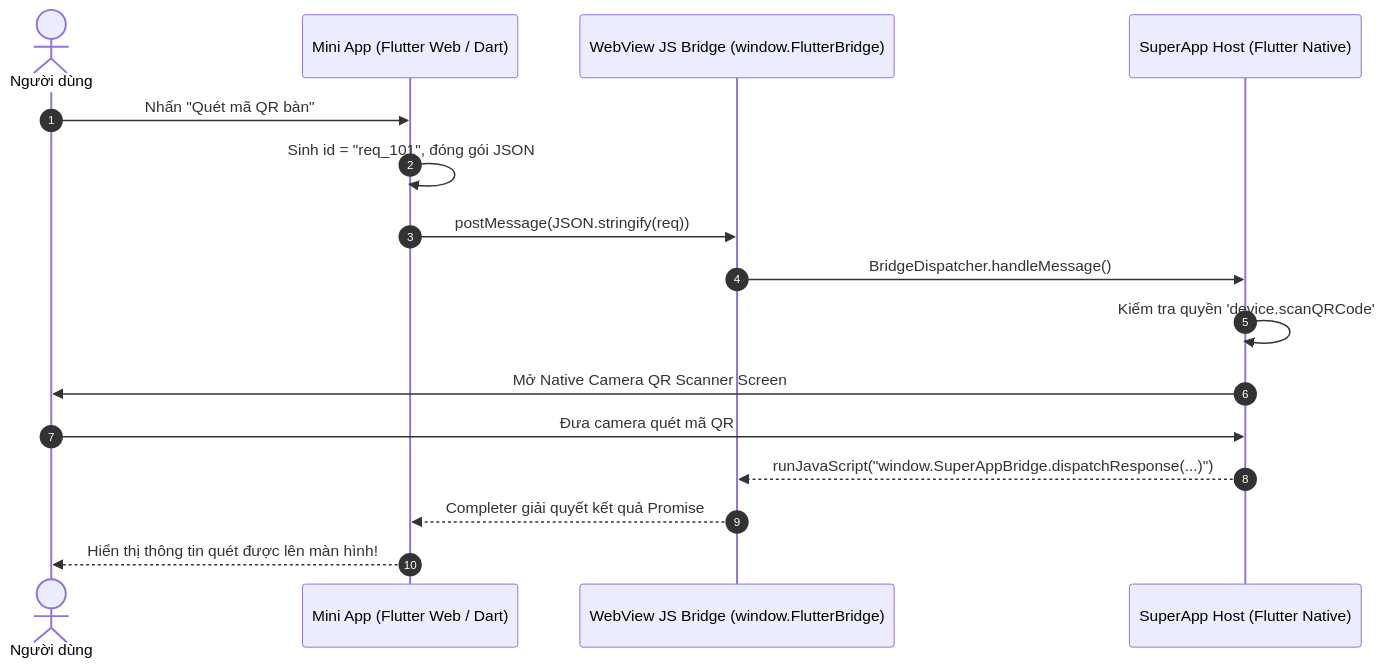
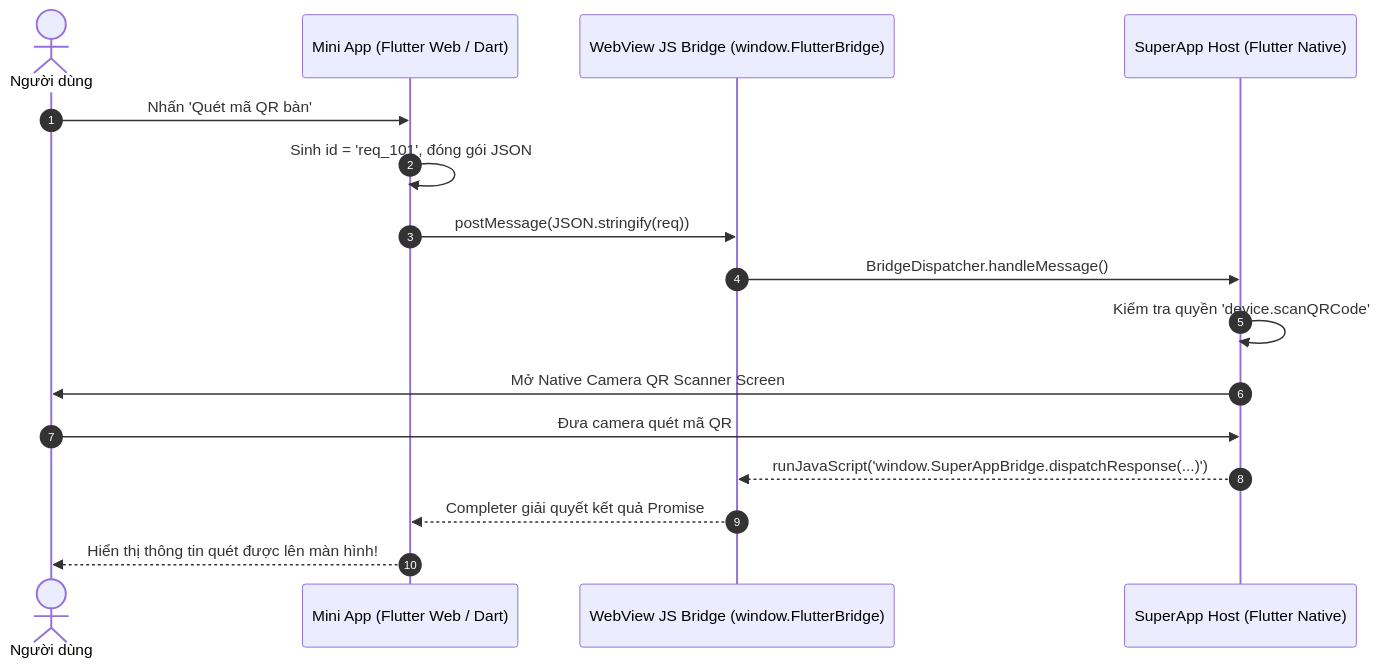
One commit to vqh2602/superapp_platform changed the second of 2 diagrams in docs/sdk.md. Above: the diagram before and after it, drawn with Mermaid. The commit also changed other lines of this file, not shown here.

Commit message:
docs: fix mermaid diagrams syntax in sdk documentation

````diff
--- a/docs/sdk.md
+++ b/docs/sdk.md
@@ -135,19 +139,19 @@
 ```mermaid
 sequenceDiagram
     autonumber
     actor User as Người dùng
     participant FWeb as Mini App (Flutter Web / Dart)
     participant JSBridge as WebView JS Bridge (window.FlutterBridge)
     participant Host as SuperApp Host (Flutter Native)
 
-    User->>FWeb: Nhấn "Quét mã QR bàn"
-    FWeb->>FWeb: Sinh id = "req_101", đóng gói JSON
+    User->>FWeb: Nhấn 'Quét mã QR bàn'
+    FWeb->>FWeb: Sinh id = 'req_101', đóng gói JSON
     FWeb->>JSBridge: postMessage(JSON.stringify(req))
     JSBridge->>Host: BridgeDispatcher.handleMessage()
     Host->>Host: Kiểm tra quyền 'device.scanQRCode'
     Host->>User: Mở Native Camera QR Scanner Screen
     User->>Host: Đưa camera quét mã QR
-    Host-->>JSBridge: runJavaScript("window.SuperAppBridge.dispatchResponse(...)")
+    Host-->>JSBridge: runJavaScript('window.SuperAppBridge.dispatchResponse(...)')
     JSBridge-->>FWeb: Completer giải quyết kết quả Promise
     FWeb-->>User: Hiển thị thông tin quét được lên màn hình!
 ```
````
